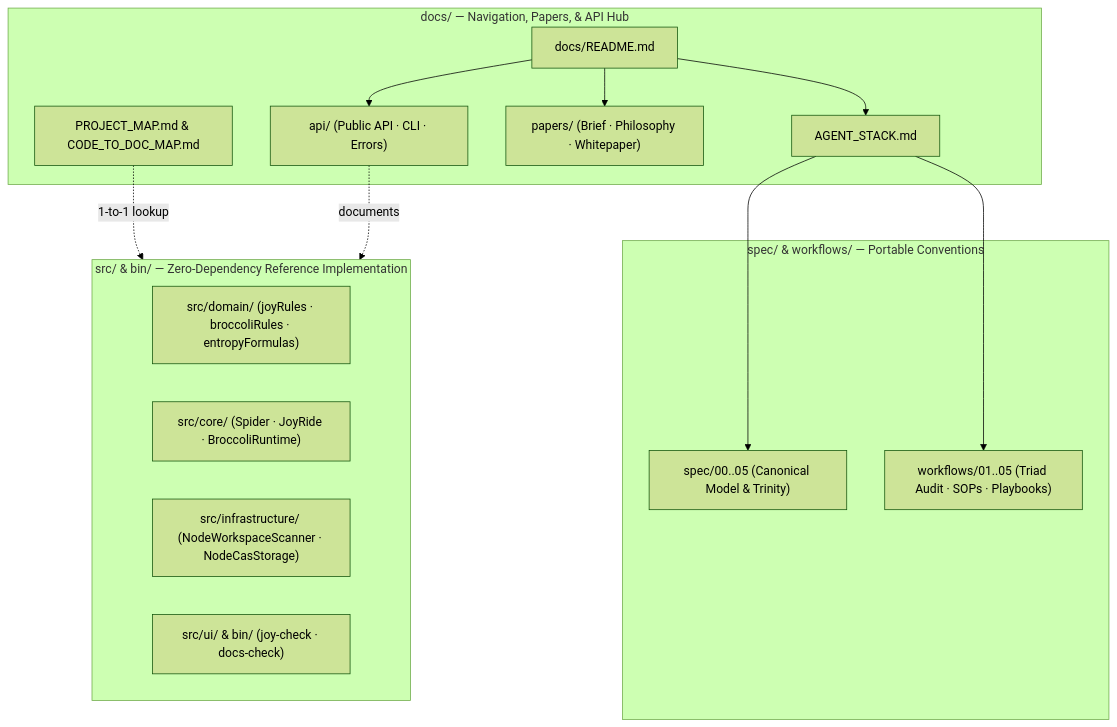
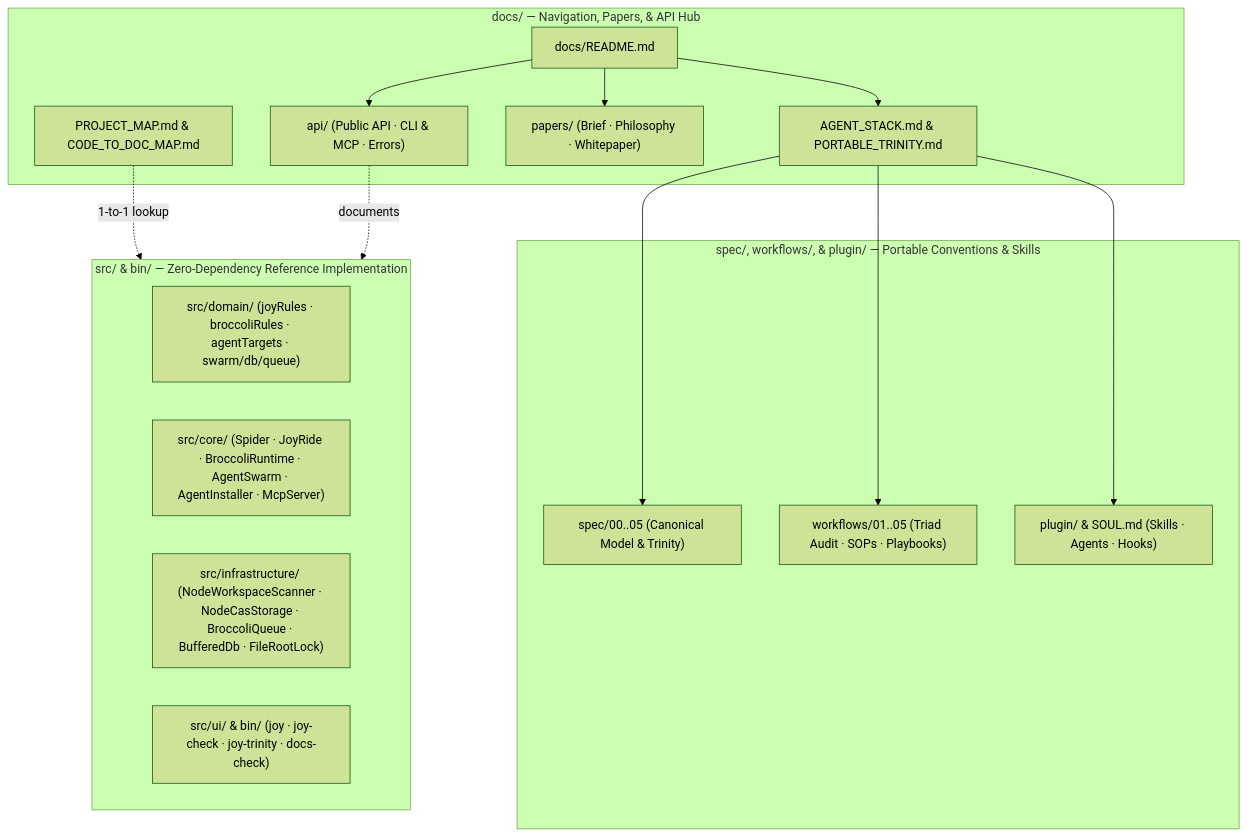
Before and after one commit to CardSorting/HEAV3NS-JOY: the diagram in docs/README.md, drawn with Mermaid (forest theme). The commit also changed other lines of this file and 135 other files, not shown here.

First line of the commit message:
feat: portable Broccoli Trinity, joy agent installer & MCP server, and full docs sync

````diff
--- a/docs/README.md
+++ b/docs/README.md
@@ -59,27 +64,29 @@
 ```mermaid
 flowchart TB
   subgraph docs ["docs/ — Navigation, Papers, & API Hub"]
     README["docs/README.md"]
-    STACK["AGENT_STACK.md"]
+    STACK["AGENT_STACK.md & PORTABLE_TRINITY.md"]
     MAP["PROJECT_MAP.md & CODE_TO_DOC_MAP.md"]
     PAP["papers/ (Brief · Philosophy · Whitepaper)"]
-    API["api/ (Public API · CLI · Errors)"]
+    API["api/ (Public API · CLI & MCP · Errors)"]
   end
-  subgraph conventions ["spec/ & workflows/ — Portable Conventions"]
+  subgraph conventions ["spec/, workflows/, & plugin/ — Portable Conventions & Skills"]
     SPEC["spec/00..05 (Canonical Model & Trinity)"]
     WF["workflows/01..05 (Triad Audit · SOPs · Playbooks)"]
+    PLUG["plugin/ & SOUL.md (Skills · Agents · Hooks)"]
   end
   subgraph code ["src/ & bin/ — Zero-Dependency Reference Implementation"]
-    DOM["src/domain/ (joyRules · broccoliRules · entropyFormulas)"]
-    CORE["src/core/ (Spider · JoyRide · BroccoliRuntime)"]
-    INFRA["src/infrastructure/ (NodeWorkspaceScanner · NodeCasStorage)"]
-    UI["src/ui/ & bin/ (joy-check · docs-check)"]
+    DOM["src/domain/ (joyRules · broccoliRules · agentTargets · swarm/db/queue)"]
+    CORE["src/core/ (Spider · JoyRide · BroccoliRuntime · AgentSwarm · AgentInstaller · McpServer)"]
+    INFRA["src/infrastructure/ (NodeWorkspaceScanner · NodeCasStorage · BroccoliQueue · BufferedDb · FileRootLock)"]
+    UI["src/ui/ & bin/ (joy · joy-check · joy-trinity · docs-check)"]
   end
   README --> STACK
   README --> PAP
   README --> API
   STACK --> SPEC
   STACK --> WF
+  STACK --> PLUG
   MAP -.->|1-to-1 lookup| code
   API -.->|documents| code
 ```
````
